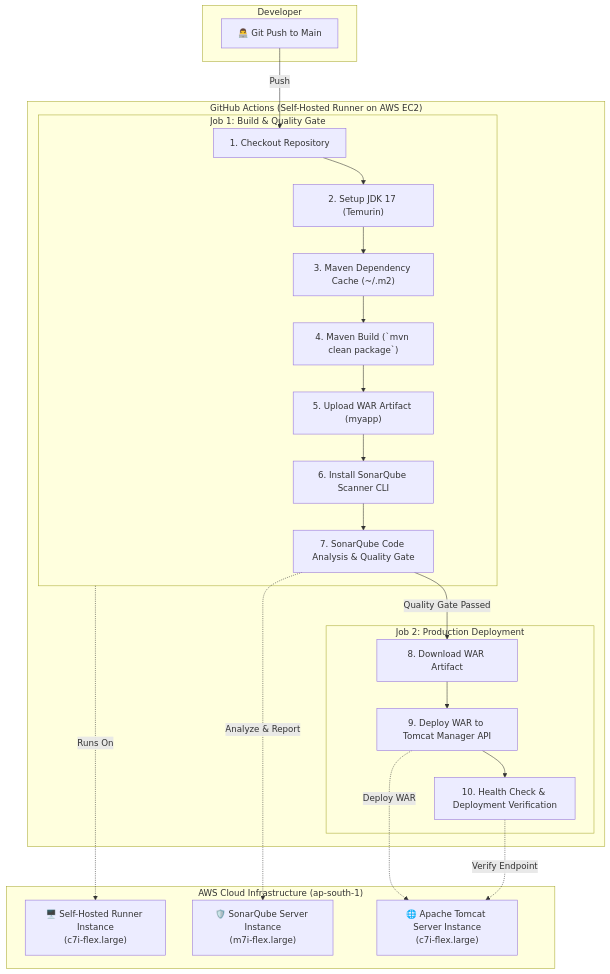
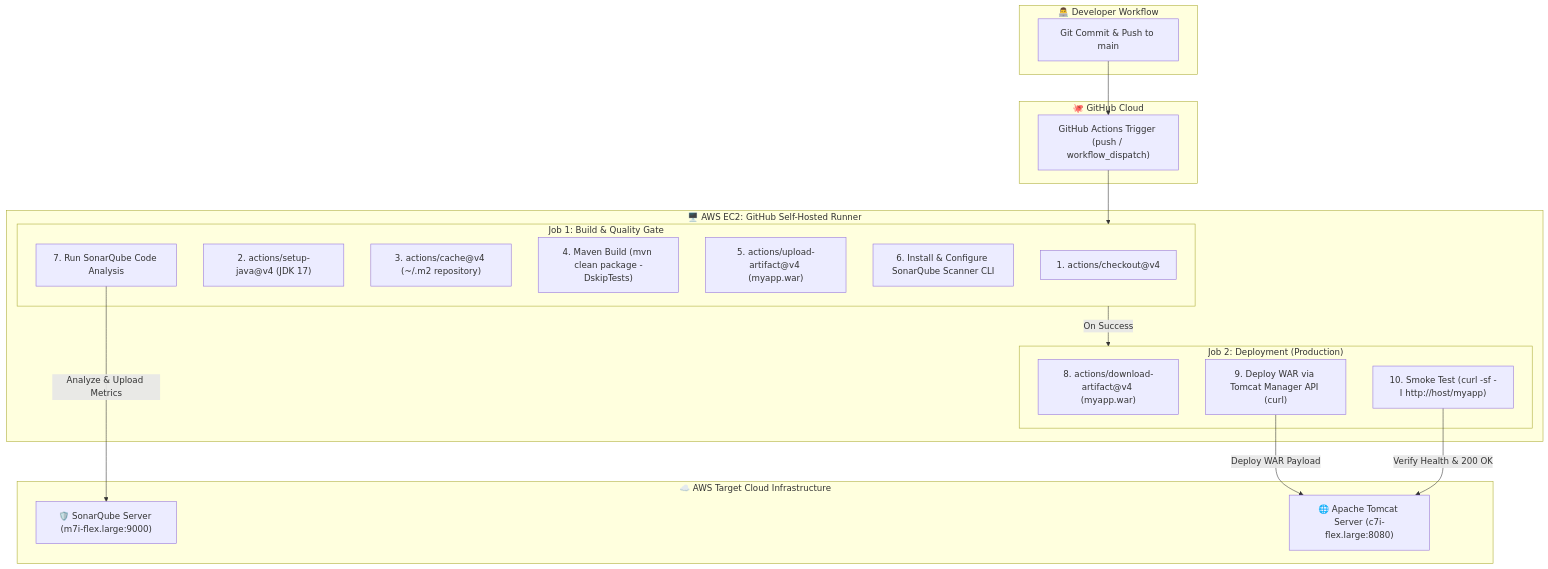
One commit to devkunaljadhav/github-actions-project changed the diagram in README.md. Above: the diagram before and after it, drawn with Mermaid. The commit also changed other lines of this file and 1 other file, not shown here.

````diff
--- a/README.md
+++ b/README.md
@@ -33,40 +71,40 @@
 ```mermaid
 flowchart TD
-    subgraph Developer
-        Dev[👨‍💻 Git Push to Main]
+    subgraph Developer["👨‍💻 Developer Workflow"]
+        A["Git Commit & Push to main"]
     end
 
-    subgraph GitHubActions["GitHub Actions (Self-Hosted Runner on AWS EC2)"]
-        subgraph BuildJob["Job 1: Build & Quality Gate"]
-            Step1["1. Checkout Repository"]
-            Step2["2. Setup JDK 17 (Temurin)"]
-            Step3["3. Maven Dependency Cache (~/.m2)"]
-            Step4["4. Maven Build (`mvn clean package`)"]
-            Step5["5. Upload WAR Artifact (myapp)"]
-            Step6["6. Install SonarQube Scanner CLI"]
-            Step7["7. SonarQube Code Analysis & Quality Gate"]
+    subgraph GitHub["🐙 GitHub Cloud"]
+        B["GitHub Actions Trigger (push / workflow_dispatch)"]
+    end
+
+    subgraph AWSRunner["🖥️ AWS EC2: GitHub Self-Hosted Runner"]
+        subgraph CIJob["Job 1: Build & Quality Gate"]
+            C1["1. actions/checkout@v4"]
+            C2["2. actions/setup-java@v4 (JDK 17)"]
+            C3["3. actions/cache@v4 (~/.m2 repository)"]
+            C4["4. Maven Build (mvn clean package -DskipTests)"]
+            C5["5. actions/upload-artifact@v4 (myapp.war)"]
+            C6["6. Install & Configure SonarQube Scanner CLI"]
+            C7["7. Run SonarQube Code Analysis"]
         end
 
-        subgraph DeployJob["Job 2: Production Deployment"]
-            Step8["8. Download WAR Artifact"]
-            Step9["9. Deploy WAR to Tomcat Manager API"]
-            Step10["10. Health Check & Deployment Verification"]
+        subgraph CDJob["Job 2: Deployment (Production)"]
+            D1["8. actions/download-artifact@v4 (myapp.war)"]
+            D2["9. Deploy WAR via Tomcat Manager API (curl)"]
+            D3["10. Smoke Test (curl -sf -I http://host/myapp)"]
         end
     end
 
-    subgraph AWSEC2["AWS Cloud Infrastructure (ap-south-1)"]
-        RunnerEC2["🖥️ Self-Hosted Runner Instance\n(c7i-flex.large)"]
-        SonarEC2["🛡️ SonarQube Server Instance\n(m7i-flex.large)"]
-        TomcatEC2["🌐 Apache Tomcat Server Instance\n(c7i-flex.large)"]
+    subgraph AWSInfra["☁️ AWS Target Cloud Infrastructure"]
+        SonarServer["🛡️ SonarQube Server (m7i-flex.large:9000)"]
+        TomcatServer["🌐 Apache Tomcat Server (c7i-flex.large:8080)"]
     end
 
-    Dev -->|Push| Step1
-    Step1 --> Step2 --> Step3 --> Step4 --> Step5 --> Step6 --> Step7
-    Step7 -->|Quality Gate Passed| Step8
-    Step8 --> Step9 --> Step10
-    
-    BuildJob -.->|Runs On| RunnerEC2
-    Step7 -.->|Analyze & Report| SonarEC2
-    Step9 -.->|Deploy WAR| TomcatEC2
-    Step10 -.->|Verify Endpoint| TomcatEC2
+    A --> B
+    B --> CIJob
+    C7 -->|Analyze & Upload Metrics| SonarServer
+    CIJob -->|On Success| CDJob
+    D2 -->|Deploy WAR Payload| TomcatServer
+    D3 -->|Verify Health & 200 OK| TomcatServer
 ```
````
